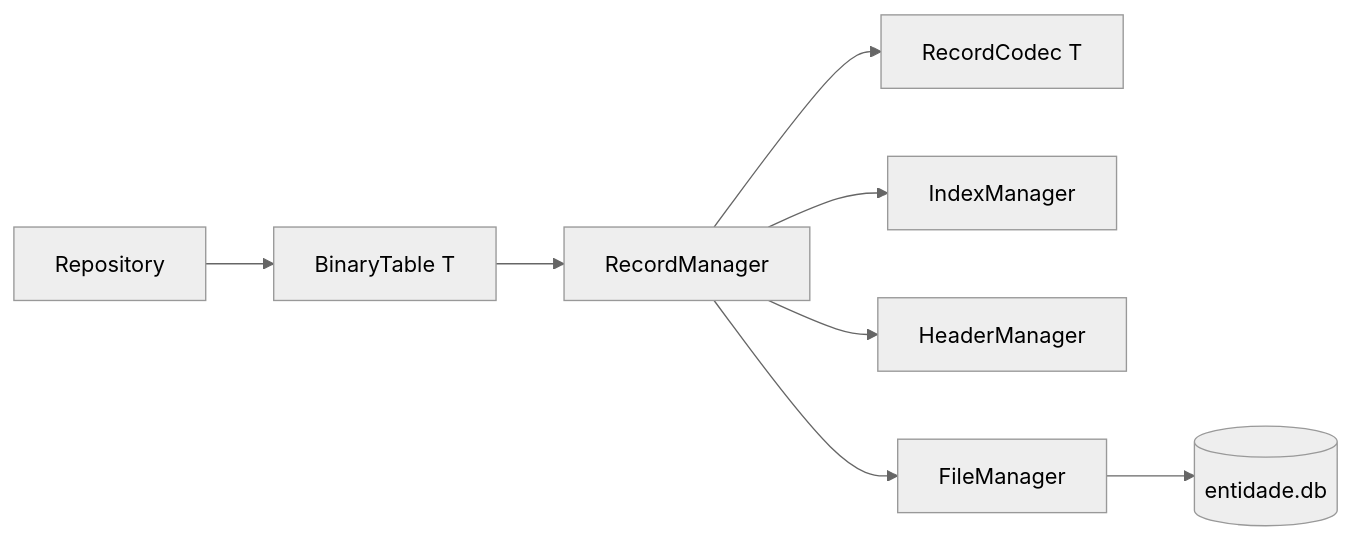
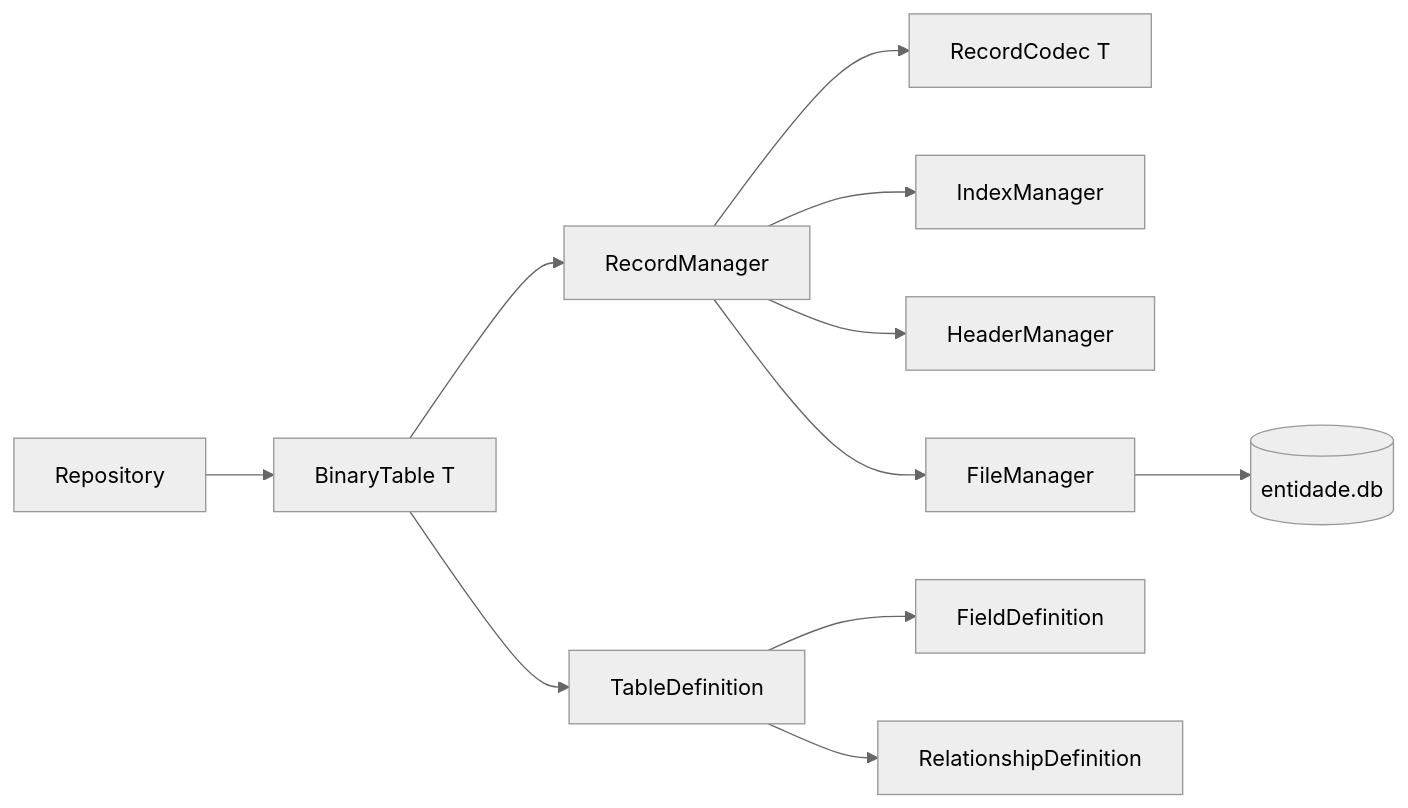
Before and after one commit to KleberRhuan/Projeto_Aed_III: the fourth of 9 diagrams in README.md, drawn with Mermaid (neutral theme). The commit also changed other lines of this file, not shown here.

````diff
--- a/README.md
+++ b/README.md
@@ -205,10 +205,13 @@
 ```mermaid
 flowchart LR
     Repo[Repository] --> Table[BinaryTable T]
     Table --> RM[RecordManager]
     RM --> Codec[RecordCodec T]
     RM --> IM[IndexManager]
     RM --> HM[HeaderManager]
     RM --> FM[FileManager]
+    Table --> Schema[TableDefinition]
+    Schema --> Fields[FieldDefinition]
+    Schema --> Relations[RelationshipDefinition]
     FM --> DB[(entidade.db)]
 ```
````
